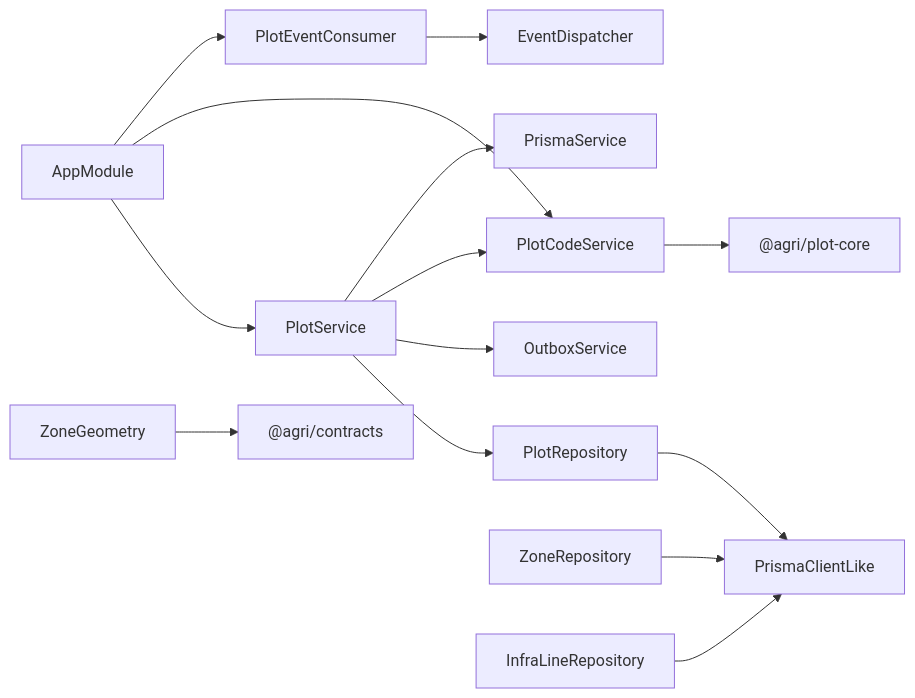
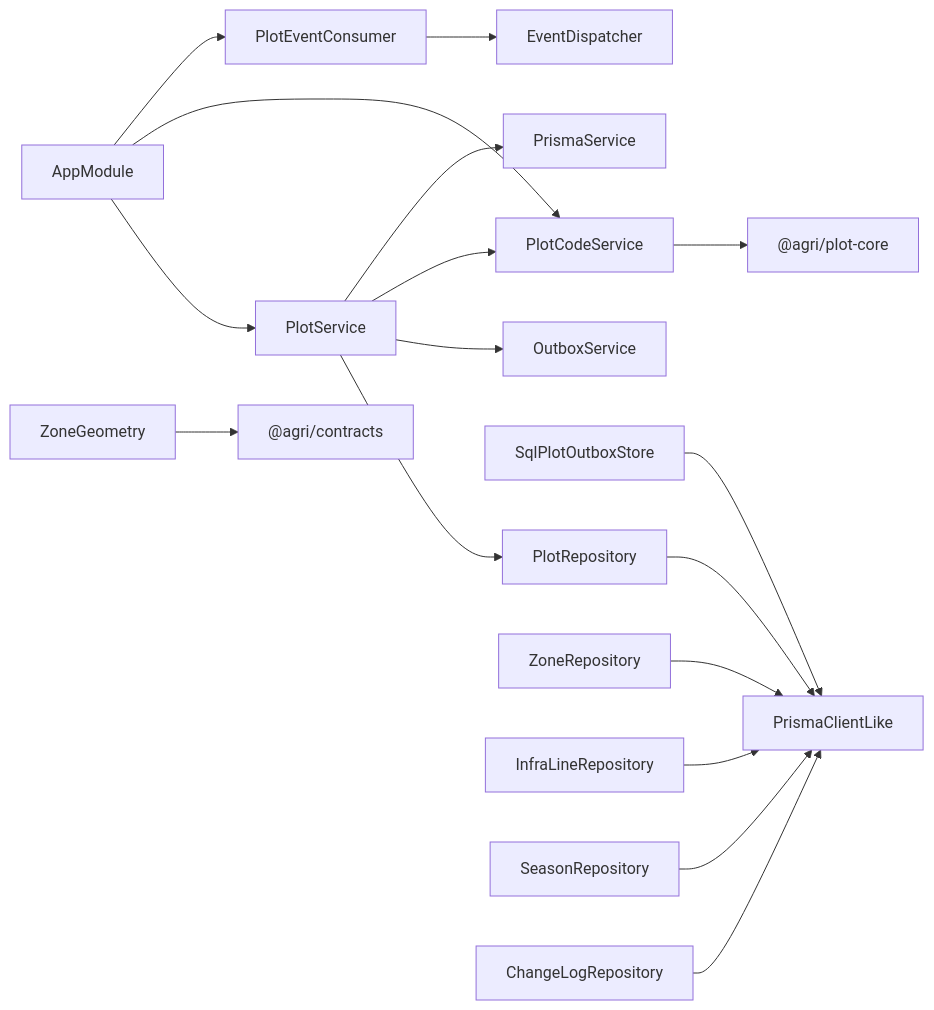
One commit to q446328246/agri-platform changed diagram 14 of 14 in .qoder/repowiki/zh/content/核心服务文档/地块管理服务.md. Above: the diagram before and after it, drawn with Mermaid. The commit also changed other lines of this file and 52 other files, not shown here.

````diff
--- a/.qoder/repowiki/zh/content/核心服务文档/地块管理服务.md
+++ b/.qoder/repowiki/zh/content/核心服务文档/地块管理服务.md
@@ -549,16 +909,19 @@
 ```mermaid
 graph LR
 PlotService --> PlotRepository
 PlotService --> OutboxService
 PlotService --> PlotCodeService
 PlotService --> PrismaService
 PlotCodeService --> PlotCore["@agri/plot-core"]
 PlotRepository --> PrismaClientLike
+SqlPlotOutboxStore --> PrismaClientLike
 PlotEventConsumer --> EventDispatcher
 ZoneRepository --> PrismaClientLike
 InfraLineRepository --> PrismaClientLike
+SeasonRepository --> PrismaClientLike
+ChangeLogRepository --> PrismaClientLike
 ZoneGeometry --> Contracts["@agri/contracts"]
 AppModule --> PlotService
 AppModule --> PlotCodeService
 AppModule --> PlotEventConsumer
 ```
````
